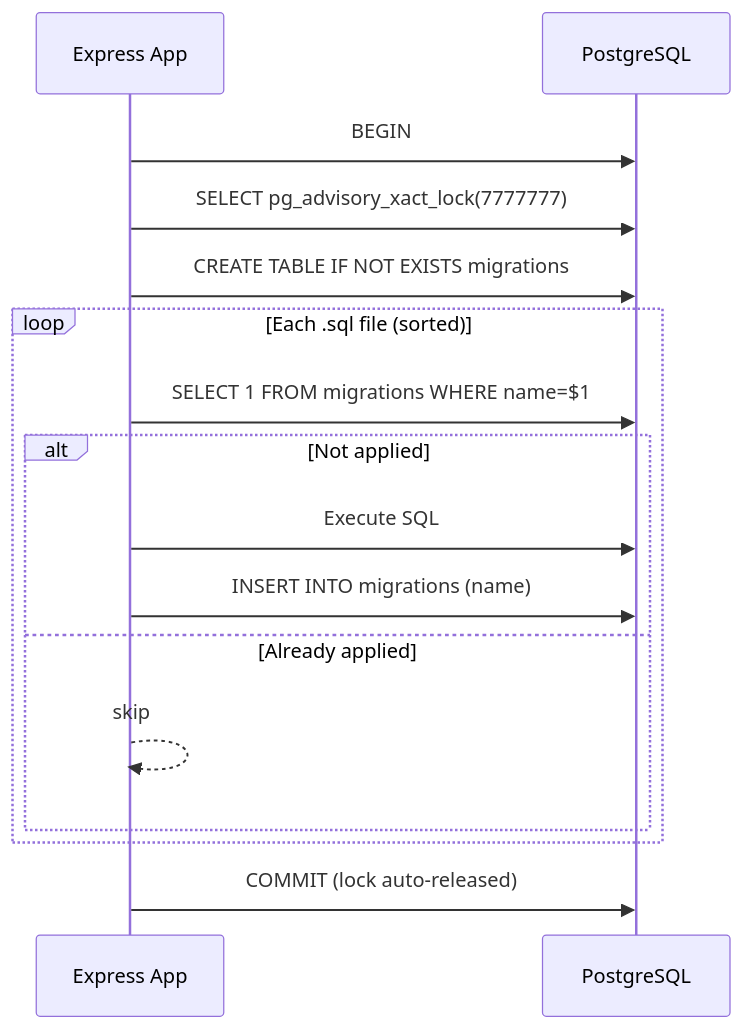
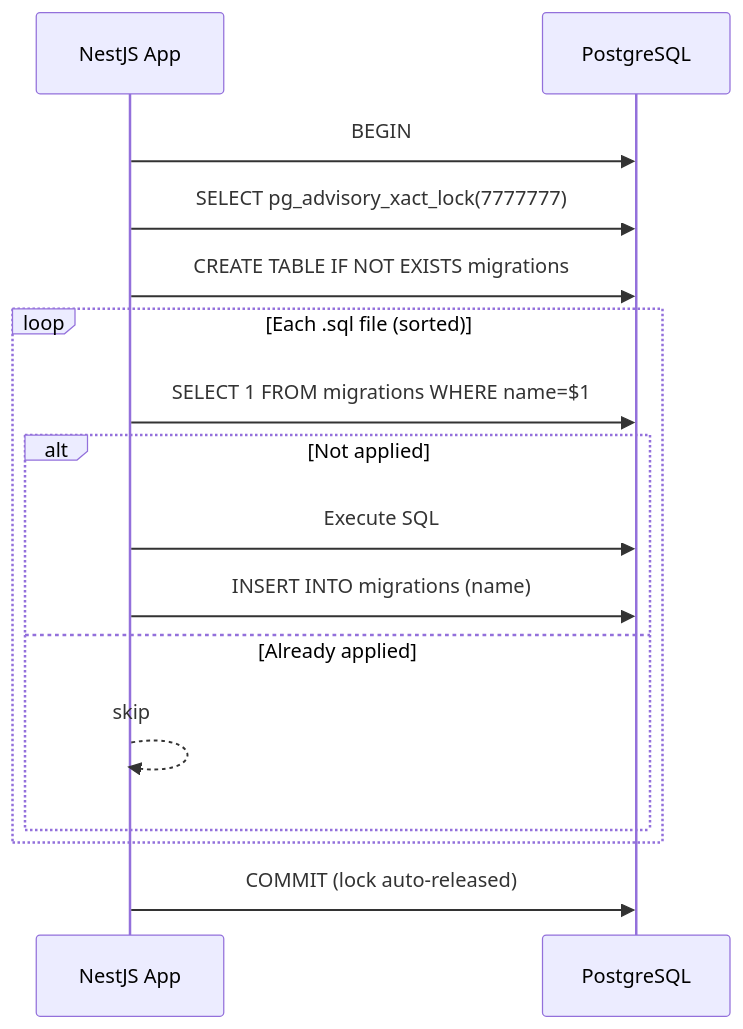
One commit to apolenkov/myapp-hello changed the diagram in docs/development.md. Above: the diagram before and after it, drawn with Mermaid. The commit also changed other lines of this file and 33 other files, not shown here.

First line of the commit message:
feat: migrate from Express to NestJS v11

````diff
--- a/docs/development.md
+++ b/docs/development.md
@@ -67,19 +67,19 @@
 ```mermaid
 %%{init: {theme: 'neutral'}}%%
 sequenceDiagram
-    participant App as Express App
+    participant App as NestJS App
     participant DB as PostgreSQL
     App->>DB: BEGIN
     App->>DB: SELECT pg_advisory_xact_lock(7777777)
     App->>DB: CREATE TABLE IF NOT EXISTS migrations
     loop Each .sql file (sorted)
         App->>DB: SELECT 1 FROM migrations WHERE name=$1
         alt Not applied
             App->>DB: Execute SQL
             App->>DB: INSERT INTO migrations (name)
         else Already applied
             App-->>App: skip
         end
     end
     App->>DB: COMMIT (lock auto-released)
 ```
````
